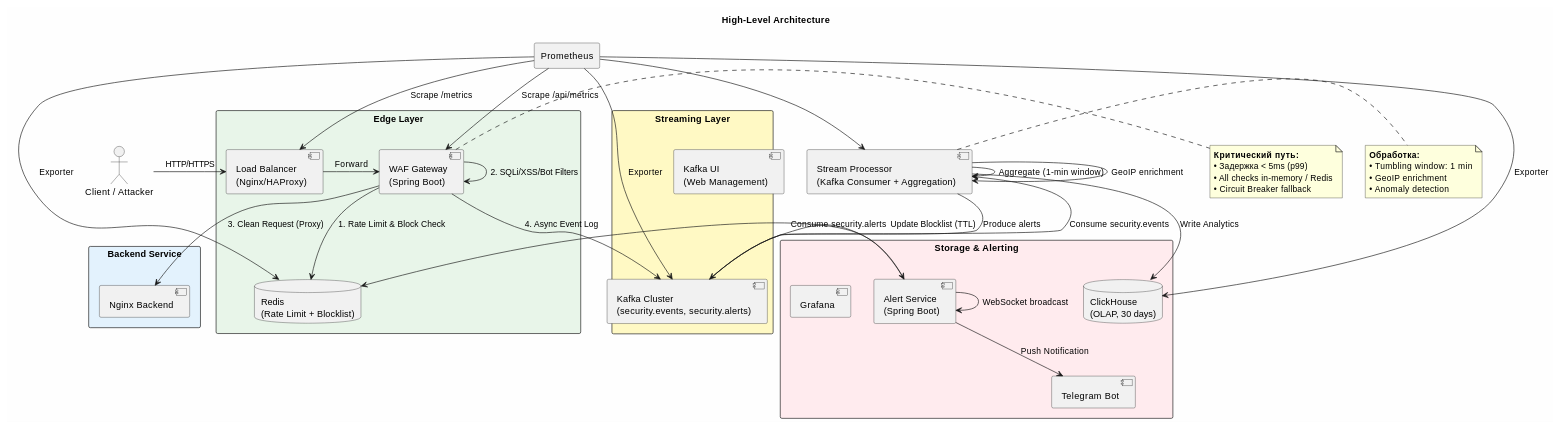
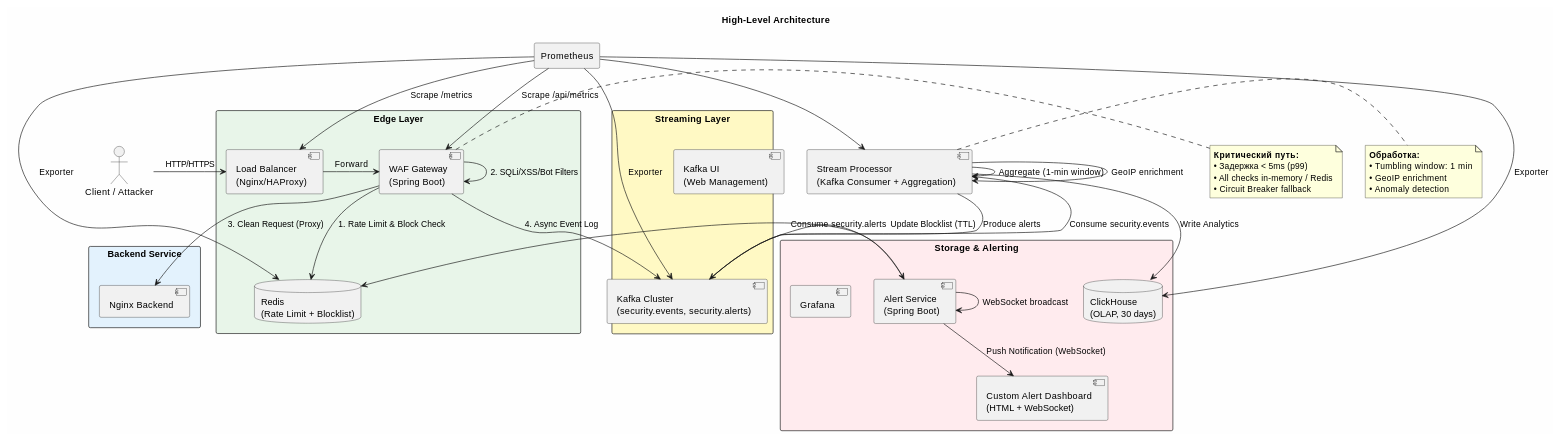
Before and after one commit to Sasakin/WafWall: the third of 8 diagrams in design.md, drawn with PlantUML. The commit also changed other lines of this file and 16 other files, not shown here.

First line of the commit message:
Add Load Balancer, WAF Gateway replicas, alert-receiver service with WebSocket UI

````diff
--- a/design.md
+++ b/design.md
@@ -294,77 +295,77 @@
 ```plantuml
 @startuml HLD
 title High-Level Architecture
 skinparam packageStyle rectangle
 skinparam backgroundColor #FEFEFE
 skinparam monochrome false
 
 package "Edge Layer" #E8F5E9 {
   component "Load Balancer\n(Nginx/HAProxy)" as LB
   component "WAF Gateway\n(Spring Boot)" as WAF
   database "Redis\n(Rate Limit + Blocklist)" as Redis
 }
 
 package "Streaming Layer" #FFF9C4 {
   component "Kafka Cluster\n(security.events, security.alerts)" as Kafka
   component "Stream Processor\n(Kafka Consumer + Aggregation)" as Stream
   component "Kafka UI\n(Web Management)" as KafkaUI
 }
 
 package "Storage & Alerting" #FFEBEE {
   database "ClickHouse\n(OLAP, 30 days)" as CH
   component "Alert Service\n(Spring Boot)" as Alert
   component "Grafana" as External
-  component "Telegram Bot" as Telegram
+   component "Custom Alert Dashboard\n(HTML + WebSocket)" as Telegram
 }
 
 package "Backend Service" #E3F2FD {
   component "Nginx Backend" as Backend
 }
 
 agent "Prometheus" as Prom
 actor "Client / Attacker" as Client
 
 ' === Основной поток (синхронный) ===
 Client -> LB : HTTP/HTTPS
 LB -> WAF : Forward
 WAF --> Redis : 1. Rate Limit & Block Check
 WAF --> WAF : 2. SQLi/XSS/Bot Filters
 WAF --> Backend : 3. Clean Request (Proxy)
 WAF --> Kafka : 4. Async Event Log
 
 ' === Аналитический поток (асинхронный) ===
 Kafka --> Stream : Consume security.events
 Stream --> Stream : Aggregate (1-min window)
 Stream --> Stream : GeoIP enrichment
 Stream --> CH : Write Analytics
 Stream --> Kafka : Produce alerts
 
 ' === Алертинг ===
 Kafka --> Alert : Consume security.alerts
 Alert --> Redis : Update Blocklist (TTL)
-Alert --> Telegram : Push Notification
+Alert --> Telegram : Push Notification (WebSocket)
 Alert --> Alert : WebSocket broadcast
 
 ' === Мониторинг ===
 Prom --> LB : Scrape /metrics
 Prom --> WAF : Scrape /api/metrics
 Prom --> Stream
 Prom --> Redis : Exporter
 Prom --> Kafka : Exporter
 Prom --> CH : Exporter
 
 note right of WAF
   **Критический путь:**
   • Задержка < 5ms (p99)
   • All checks in-memory / Redis
   • Circuit Breaker fallback
 end note
 
 note right of Stream
   **Обработка:**
   • Tumbling window: 1 min
   • GeoIP enrichment
   • Anomaly detection
 end note
 @enduml
 ```
````
